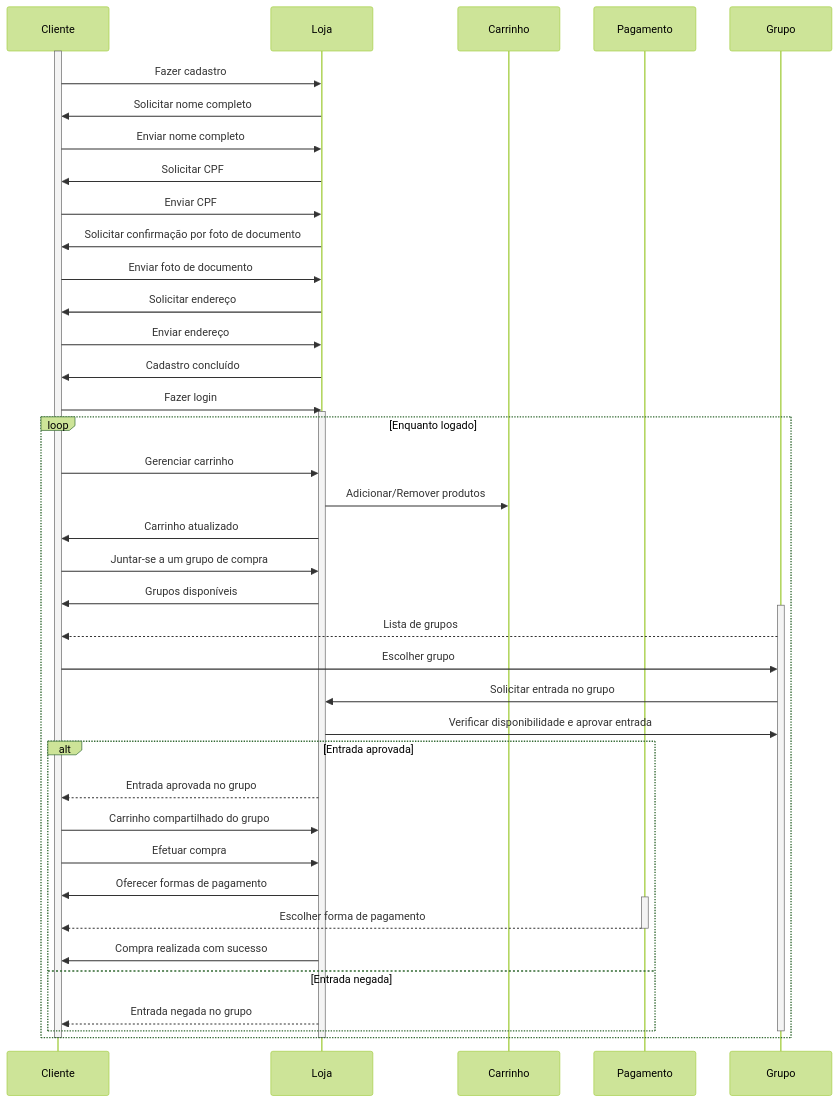
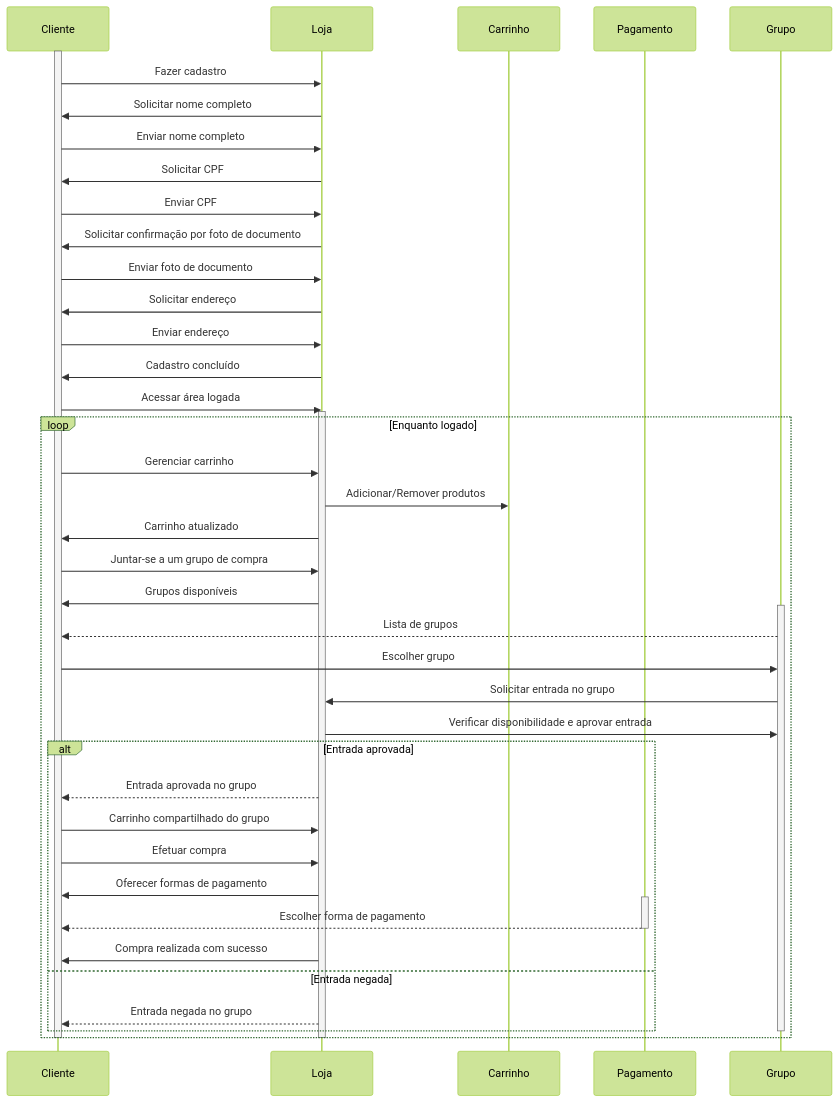
Before and after one commit to UNB-PI2-Grupo3-BracoRobotico/Documentation: the first of 8 diagrams in docs/documento_arquitetura.md, drawn with Mermaid (forest theme).

Commit message:
fix: mudar texto no diagrama

````diff
--- a/docs/documento_arquitetura.md
+++ b/docs/documento_arquitetura.md
@@ -93,60 +93,60 @@
 ```mermaid
 sequenceDiagram
     participant Cliente
     participant Loja
     participant Carrinho
     participant Pagamento
     participant Grupo
 
     activate Cliente
 
     Cliente->>Loja: Fazer cadastro
     Loja->>Cliente: Solicitar nome completo
     Cliente->>Loja: Enviar nome completo
     Loja->>Cliente: Solicitar CPF
     Cliente->>Loja: Enviar CPF
     Loja->>Cliente: Solicitar confirmação por foto de documento
     Cliente->>Loja: Enviar foto de documento
     Loja->>Cliente: Solicitar endereço
     Cliente->>Loja: Enviar endereço
 
     Loja->>Cliente: Cadastro concluído
 
-    Cliente->>Loja: Fazer login
+    Cliente->>Loja: Acessar área logada
     activate Loja
 
     loop Enquanto logado
         Cliente->>Loja: Gerenciar carrinho
         Loja->>Carrinho: Adicionar/Remover produtos
         Loja->>Cliente: Carrinho atualizado
 
         Cliente->>Loja: Juntar-se a um grupo de compra
         Loja->>Cliente: Grupos disponíveis
         activate Grupo
         Grupo-->>Cliente: Lista de grupos
 
         Cliente->>Grupo: Escolher grupo
         Grupo->>Loja: Solicitar entrada no grupo
         Loja->>Grupo: Verificar disponibilidade e aprovar entrada
         alt Entrada aprovada
             Loja-->>Cliente: Entrada aprovada no grupo
             Cliente->>Loja: Carrinho compartilhado do grupo
 
             Cliente->>Loja: Efetuar compra
             Loja->>Cliente: Oferecer formas de pagamento
             activate Pagamento
 
             Pagamento-->>Cliente: Escolher forma de pagamento
 
             deactivate Pagamento
             Loja->>Cliente: Compra realizada com sucesso
         else Entrada negada
             Loja-->>Cliente: Entrada negada no grupo
         end
 
         deactivate Grupo
     end
 
     deactivate Loja
     deactivate Cliente
 ```
````
